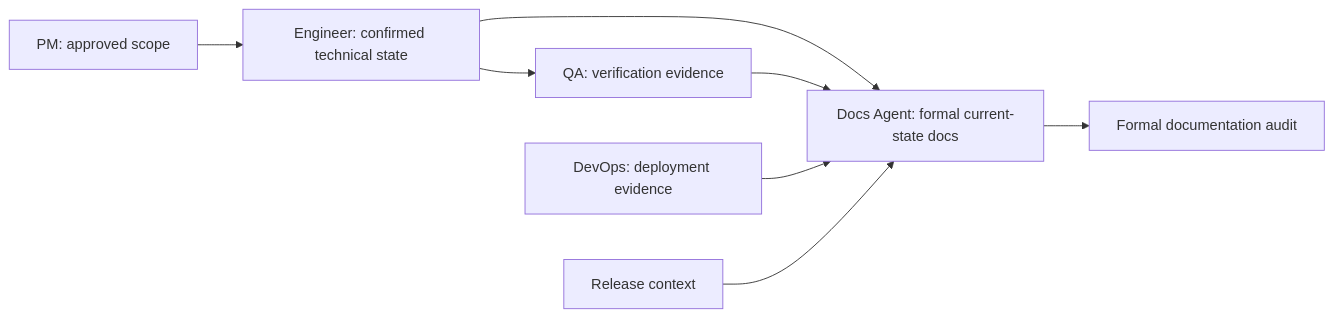
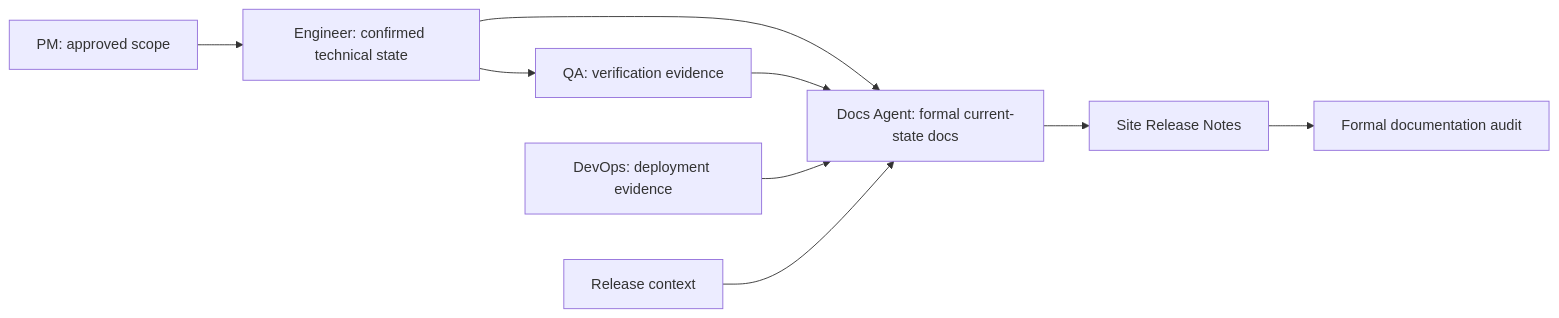
The diagram in agents/docs/README.md (Neplich/dev-agent-skills), drawn with Mermaid before and after one commit. The commit also changed other lines of this file and 197 other files, not shown here.

First line of the commit message:
feat: 新增 docs-agent 站内 release-notes-generator specialist (#126)

````diff
--- a/agents/docs/README.md
+++ b/agents/docs/README.md
@@ -64,10 +67,11 @@
 ```mermaid
 flowchart LR
     PM["PM: approved scope"] --> Engineer["Engineer: confirmed technical state"]
     Engineer --> QA["QA: verification evidence"]
     Engineer --> Docs["Docs Agent: formal current-state docs"]
     QA --> Docs
     DevOps["DevOps: deployment evidence"] --> Docs
     Release["Release context"] --> Docs
-    Docs --> Audit["Formal documentation audit"]
+    Docs --> Notes["Site Release Notes"]
+    Notes --> Audit["Formal documentation audit"]
 ```
````
